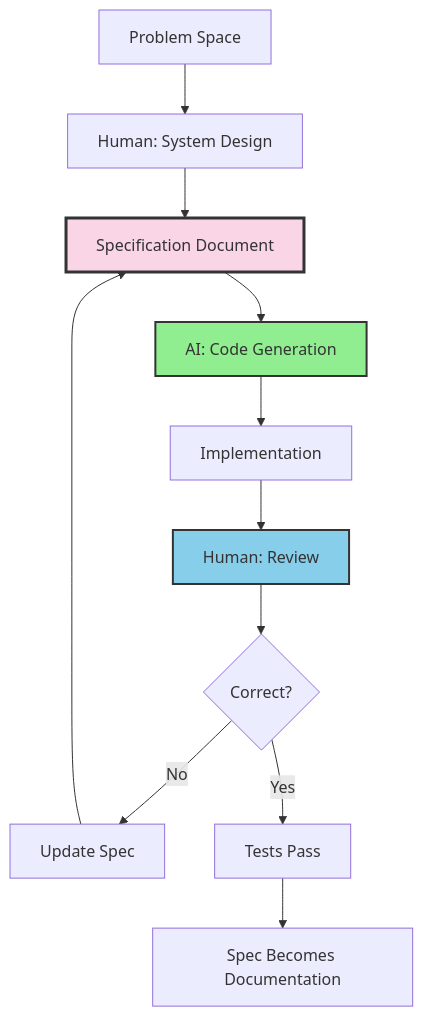
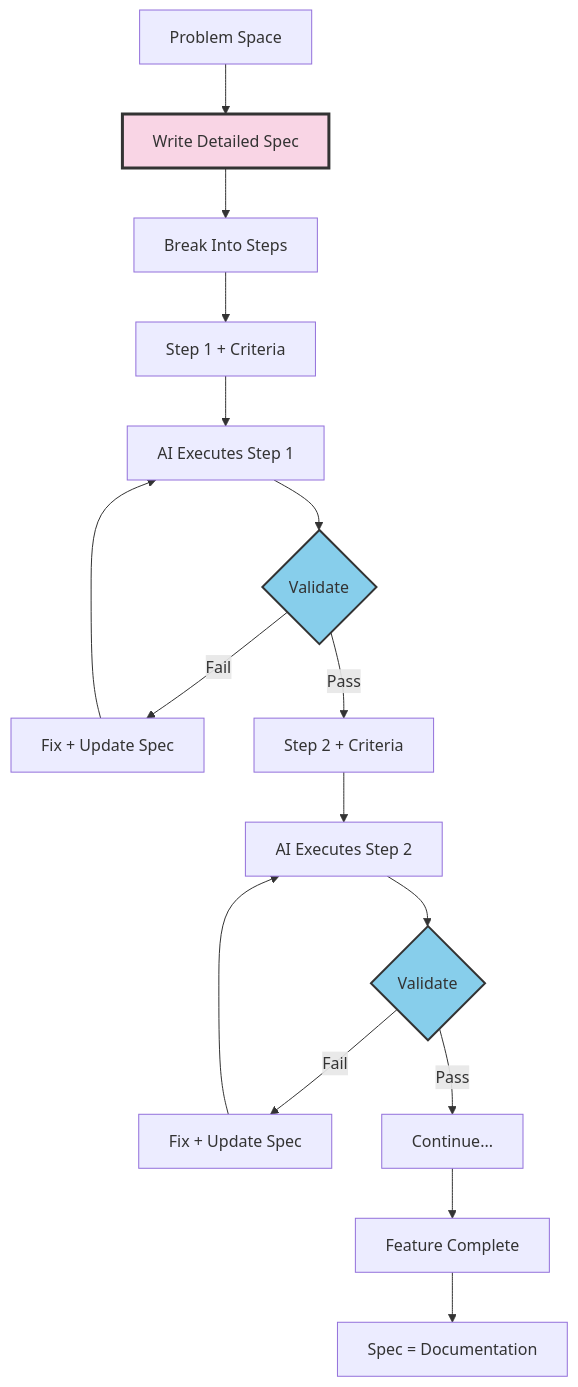
Before and after one commit to Ideaplaces/ciprianrarau.com: the diagram in src/data/post/ai-reads-my-specs.md, drawn with Mermaid. The commit also changed other lines of this file and 13 other files, not shown here.

````diff
--- a/src/data/post/ai-reads-my-specs.md
+++ b/src/data/post/ai-reads-my-specs.md
@@ -37,21 +49,25 @@
 ```mermaid
 flowchart TD
-    A[Problem Space] --> B[Human: System Design]
-    B --> C[Specification Document]
+    A[Problem Space] --> B[Write Detailed Spec]
+    B --> C[Break Into Steps]
 
-    C --> D[AI: Code Generation]
-    D --> E[Implementation]
+    C --> D[Step 1 + Criteria]
+    D --> E[AI Executes Step 1]
+    E --> F{Validate}
+    F -->|Fail| G[Fix + Update Spec]
+    G --> E
+    F -->|Pass| H[Step 2 + Criteria]
 
-    E --> F[Human: Review]
-    F --> G{Correct?}
+    H --> I[AI Executes Step 2]
+    I --> J{Validate}
+    J -->|Fail| K[Fix + Update Spec]
+    K --> I
+    J -->|Pass| L[Continue...]
 
-    G -->|No| H[Update Spec]
-    H --> C
+    L --> M[Feature Complete]
+    M --> N[Spec = Documentation]
 
-    G -->|Yes| I[Tests Pass]
-    I --> J[Spec Becomes Documentation]
-
-    style C fill:#f9d5e5,stroke:#333,stroke-width:3px
-    style D fill:#90EE90,stroke:#333,stroke-width:2px
+    style B fill:#f9d5e5,stroke:#333,stroke-width:3px
     style F fill:#87CEEB,stroke:#333,stroke-width:2px
+    style J fill:#87CEEB,stroke:#333,stroke-width:2px
 ```
````
